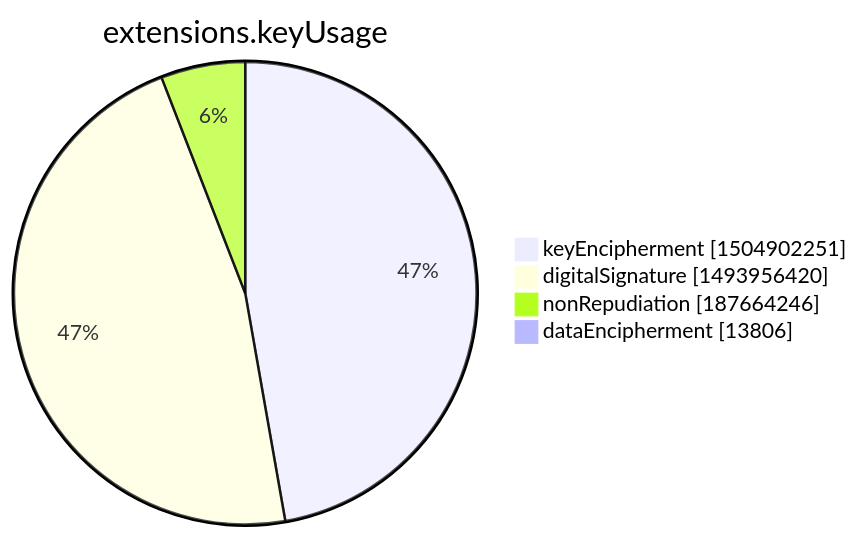
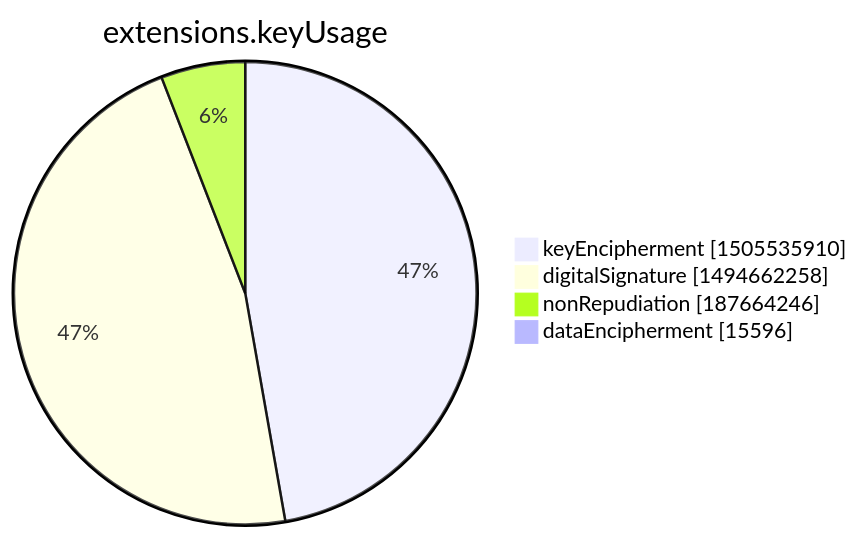
Before and after one commit to christiankrug/ctmonitor_visualization: the seventh of 15 diagrams in xenon2022/README.md, drawn with Mermaid. The commit also changed other lines of this file, not shown here.

````diff
--- a/xenon2022/README.md
+++ b/xenon2022/README.md
@@ -2845,8 +2845,8 @@
 ```mermaid
 pie showData
 title extensions.keyUsage
-"keyEncipherment" :1504902251
-"digitalSignature" :1493956420
+"keyEncipherment" :1505535910
+"digitalSignature" :1494662258
 "nonRepudiation" :187664246
-"dataEncipherment" :13806
+"dataEncipherment" :15596
 ```
````
